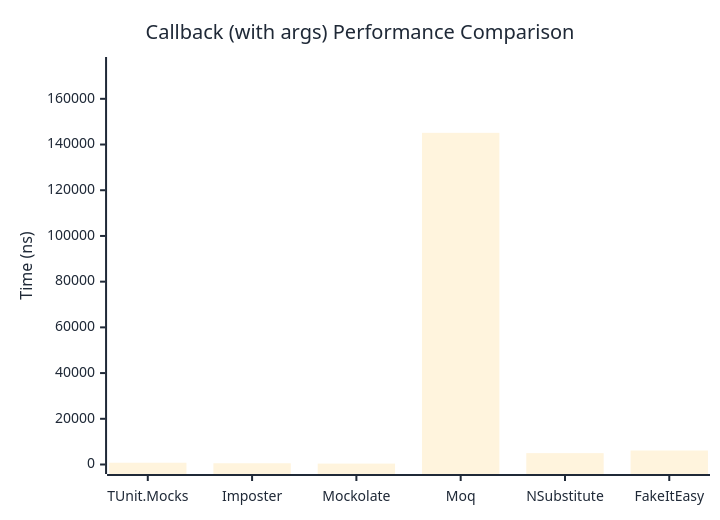
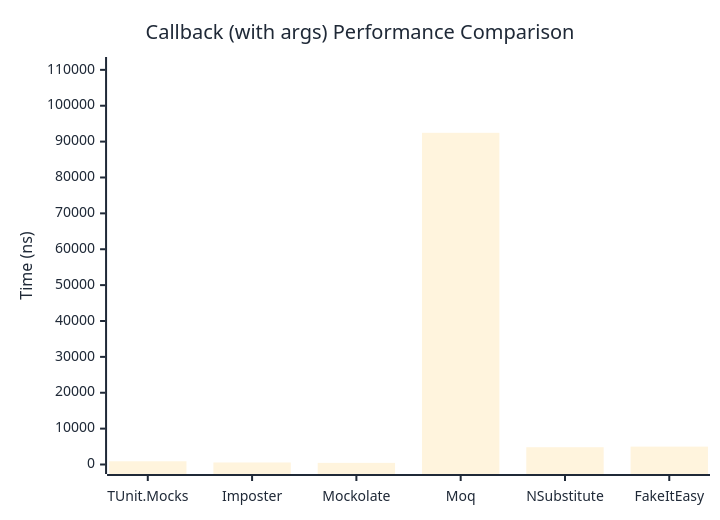
One commit to thomhurst/TUnit changed the second of 2 diagrams in docs/docs/benchmarks/mocks/Callback.md. Above: the diagram before and after it, drawn with Mermaid. The commit also changed other lines of this file and 14 other files, not shown here.

````diff
--- a/docs/docs/benchmarks/mocks/Callback.md
+++ b/docs/docs/benchmarks/mocks/Callback.md
@@ -71,27 +71,27 @@
 ```mermaid
 %%{init: {
   'theme':'base',
   'themeVariables': {
     'primaryColor': '#2563eb',
     'primaryTextColor': '#1f2937',
     'primaryBorderColor': '#1e40af',
     'lineColor': '#6b7280',
     'secondaryColor': '#7c3aed',
     'tertiaryColor': '#dc2626',
     'background': '#ffffff',
     'pie1': '#2563eb',
     'pie2': '#7c3aed',
     'pie3': '#dc2626',
     'pie4': '#f59e0b',
     'pie5': '#10b981',
     'pie6': '#06b6d4',
     'pie7': '#ec4899',
     'pie8': '#6366f1'
   }
 }}%%
 xychart-beta
   title "Callback (with args) Performance Comparison"
   x-axis ["TUnit.Mocks", "Imposter", "Mockolate", "Moq", "NSubstitute", "FakeItEasy"]
-  y-axis "Time (ns)" 0 --> 174138
-  bar [774.9, 543.8, 399, 145114.7, 4973.5, 6121.2]
+  y-axis "Time (ns)" 0 --> 110933
+  bar [901.2, 565.3, 454.5, 92444, 4820.4, 4981.3]
 ```
````
